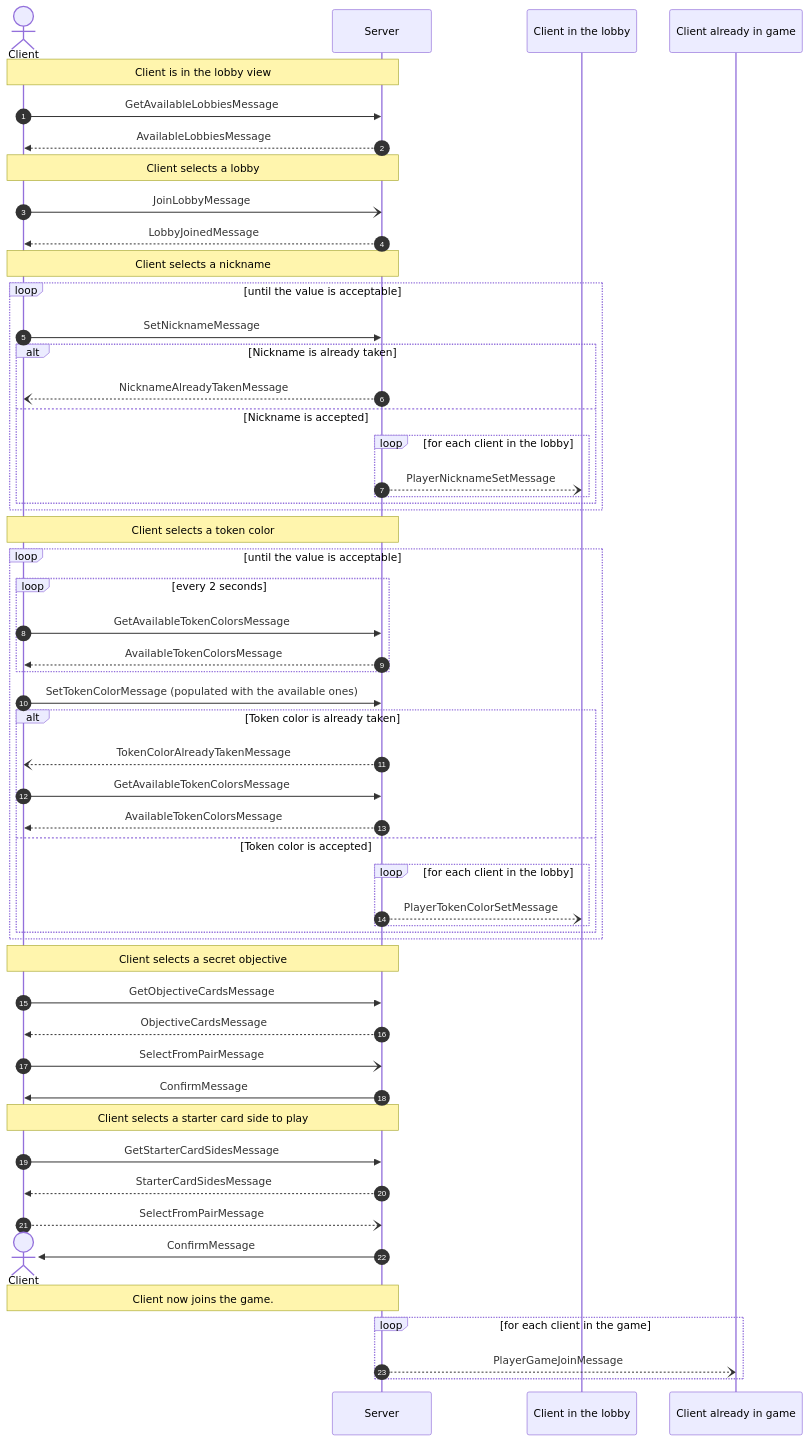
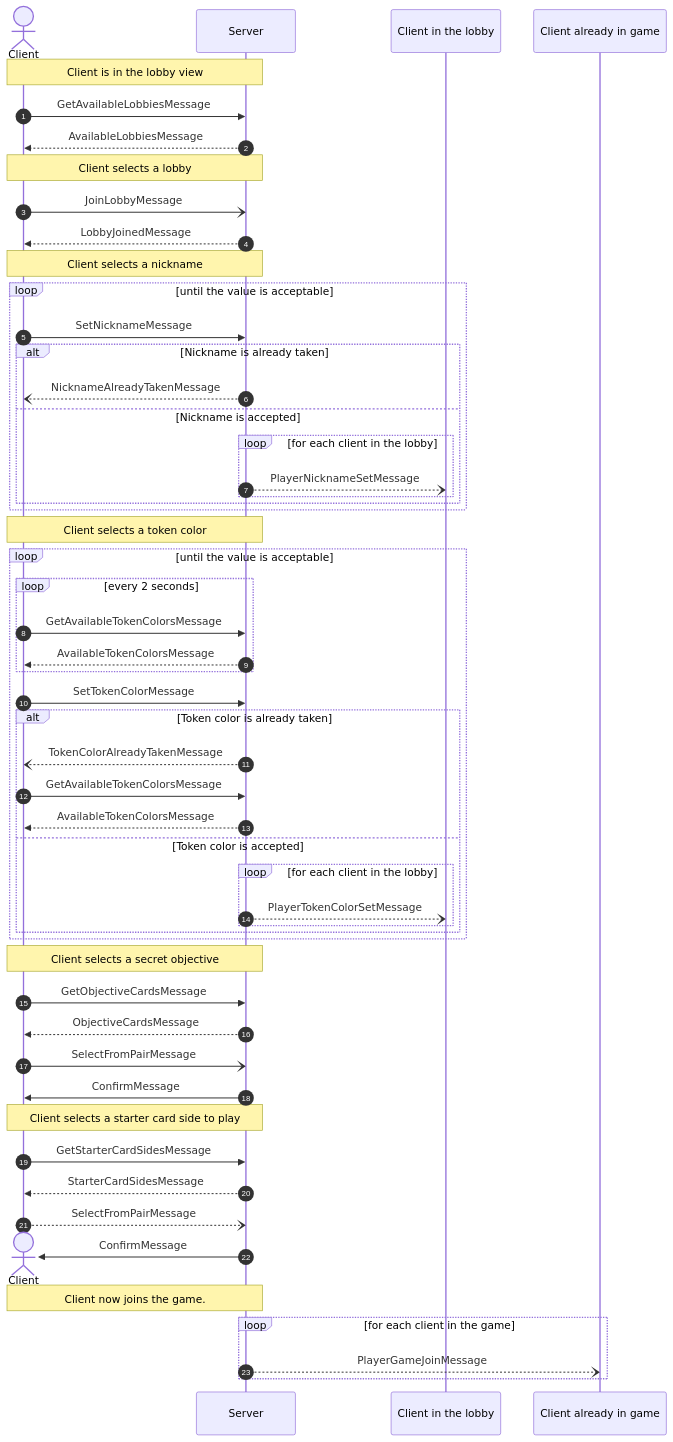
The first of 5 diagrams in documentation_wip/network_protocol.md (frephs/IS24-AM21), drawn with Mermaid before and after one commit.

````diff
--- a/documentation_wip/network_protocol.md
+++ b/documentation_wip/network_protocol.md
@@ -11,74 +11,74 @@
 ```mermaid
 sequenceDiagram
     actor Client
     autonumber
     # Get the available lobbies
     Note over Client,Server : Client is in the lobby view
     Client ->> Server : GetAvailableLobbiesMessage
     Server -->> Client : AvailableLobbiesMessage
     
     # Join the Game Lobby
     Note over Client,Server : Client selects a lobby
     Client -) Server : JoinLobbyMessage
     Server -->> Client : LobbyJoinedMessage
 
     # Player Nickname
     Note over Client,Server : Client selects a nickname
     loop until the value is acceptable
     Client ->> Server : SetNicknameMessage
     alt Nickname is already taken   
         Server --) Client : NicknameAlreadyTakenMessage
     else Nickname is accepted
         loop for each client in the lobby
         Server --) Client in the lobby:  PlayerNicknameSetMessage
     end
     end
 
     
     end
 
     # Player Token color 
     Note over Client,Server : Client selects a token color
     
     loop until the value is acceptable
         loop every 2 seconds
             Client ->> Server : GetAvailableTokenColorsMessage
             Server -->> Client : AvailableTokenColorsMessage
         end
-            Client ->> Server : SetTokenColorMessage (populated with the available ones)
+            Client ->> Server : SetTokenColorMessage 
             alt Token color is already taken
             Server --) Client : TokenColorAlreadyTakenMessage 
             Client ->> Server : GetAvailableTokenColorsMessage
             Server -->> Client : AvailableTokenColorsMessage
             else Token color is accepted
                 loop for each client in the lobby
                     Server --) Client in the lobby:  PlayerTokenColorSetMessage
                 end
         end
     end
   
     
 
 
     # Player Secret Objective 
     Note over Client,Server: Client selects a secret objective
     Client ->> Server : GetObjectiveCardsMessage
     Server -->> Client : ObjectiveCardsMessage 
     Client -) Server : SelectFromPairMessage 
     Server ->> Client : ConfirmMessage
     
 
     #Player Starter Card Side to place
     Note over Client,Server: Client selects a starter card side to play
 
     Client ->> Server : GetStarterCardSidesMessage
     Server -->> Client : StarterCardSidesMessage
     Client --) Server : SelectFromPairMessage
     Destroy Client
     Server ->> Client : ConfirmMessage
     Note over Client,Server: Client now joins the game.
     loop for each client in the game
     Server --) Client already in game:  PlayerGameJoinMessage
     end
 
 ```
````
